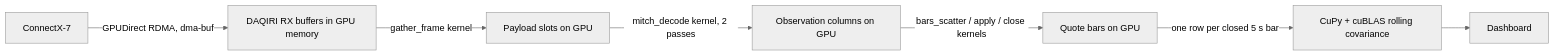
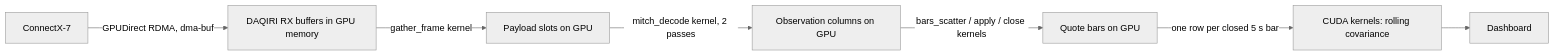
The diagram in docs/GPU_INGEST.md (nvidia-holoscan/holoscan-finance), drawn with Mermaid (neutral theme) before and after one commit. The commit also changed other lines of this file and 69 other files, not shown here.

````diff
--- a/docs/GPU_INGEST.md
+++ b/docs/GPU_INGEST.md
@@ -38,9 +42,9 @@
 ```mermaid
 flowchart LR
     NIC[ConnectX-7] -->|GPUDirect RDMA, dma-buf| RX[DAQIRI RX buffers in GPU memory]
     RX -->|gather_frame kernel| SL[Payload slots on GPU]
     SL -->|mitch_decode kernel, 2 passes| EV[Observation columns on GPU]
     EV -->|bars_scatter / apply / close kernels| QB[Quote bars on GPU]
-    QB -->|one row per closed 5 s bar| AN[CuPy + cuBLAS rolling covariance]
+    QB -->|one row per closed 5 s bar| AN[CUDA kernels: rolling covariance]
     AN --> W[Dashboard]
 ```
````
